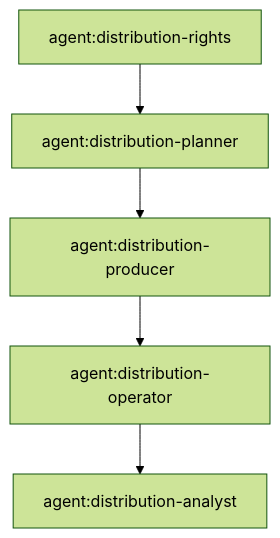
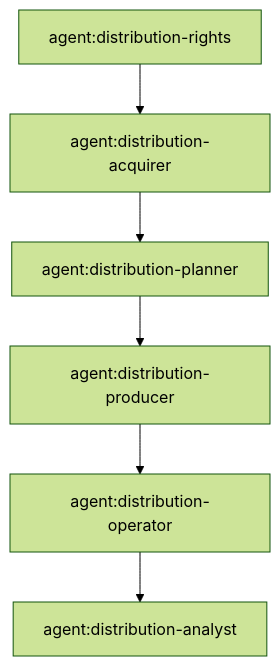
The diagram in content-distribution/graph.mmd (lalalic/neo), drawn with Mermaid (forest theme) before and after one commit. The commit also changed 12 other files, not shown here.

Commit message:
content-distribution: acquire immutable original episodes before analysis

```diff
--- a/content-distribution/graph.mmd
+++ b/content-distribution/graph.mmd
@@ -1,5 +1,6 @@
 flowchart TD
-    rights[agent:distribution-rights] --> plan[agent:distribution-planner]
+    rights[agent:distribution-rights] --> acquire[agent:distribution-acquirer]
+    acquire --> plan[agent:distribution-planner]
     plan --> produce[agent:distribution-producer]
     produce --> release[agent:distribution-operator]
     release --> measure[agent:distribution-analyst]
```
